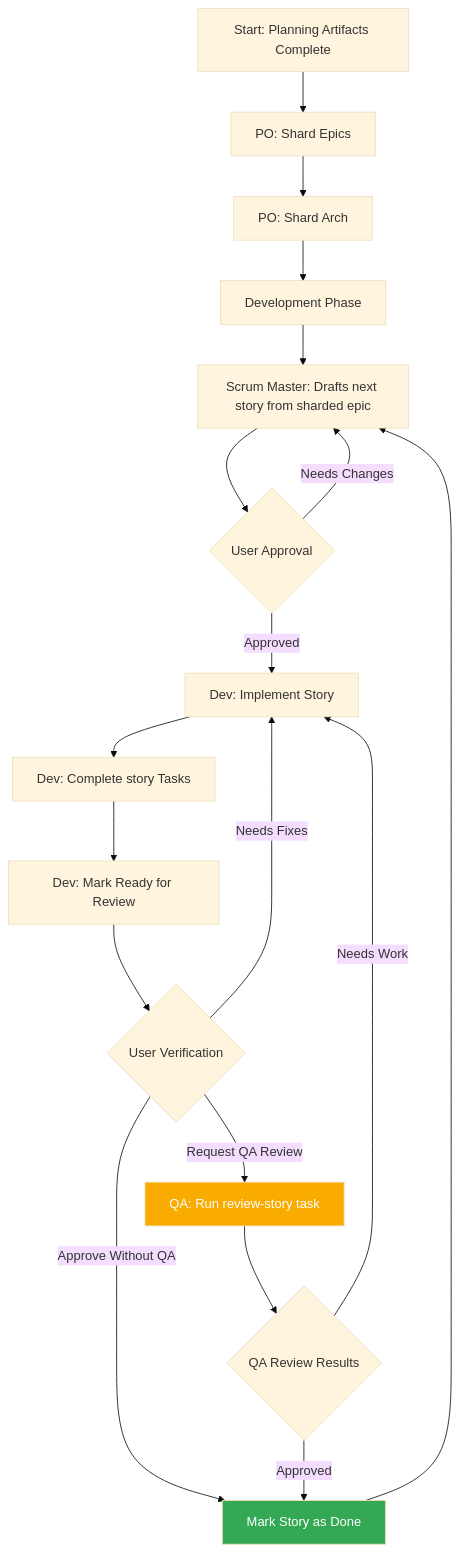
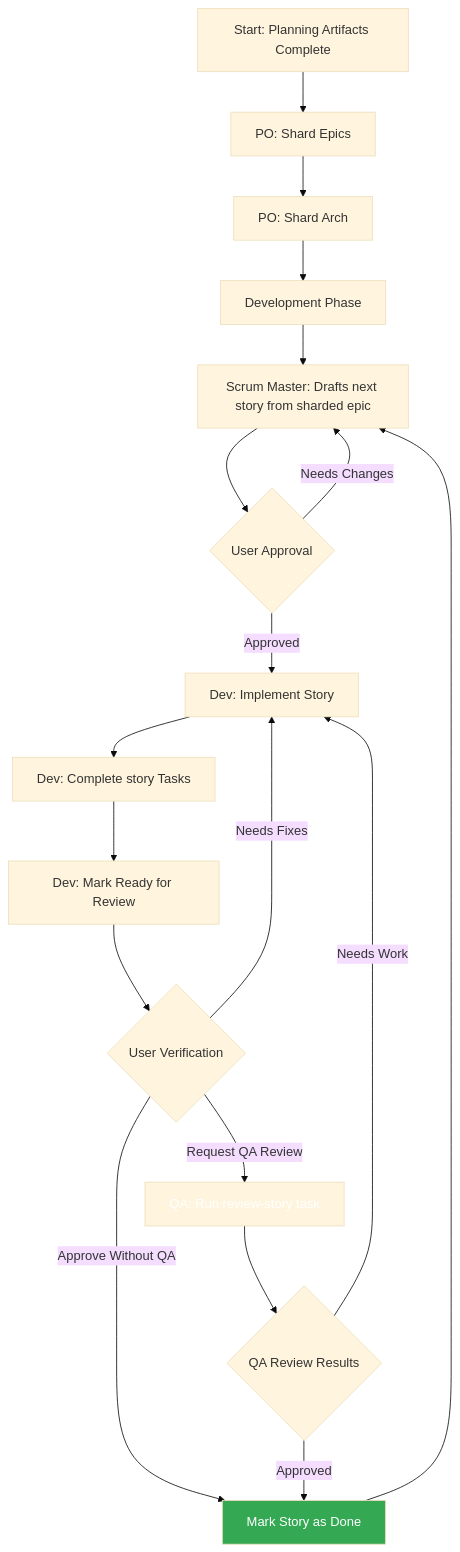
Before and after one commit to bacoco/AiDesigner: the third of 3 diagrams in docs/core-architecture.md, drawn with Mermaid (base theme). The commit also changed other lines of this file and 39 other files, not shown here.

````diff
--- a/docs/core-architecture.md
+++ b/docs/core-architecture.md
@@ -195,23 +195,23 @@
 ```mermaid
 graph TD
     A["Start: Planning Artifacts Complete"] --> B["PO: Shard Epics"]
     B --> C["PO: Shard Arch"]
     C --> D["Development Phase"]
     D --> E["Scrum Master: Drafts next story from sharded epic"]
     E --> F{"User Approval"}
     F -->|Approved| G["Dev: Implement Story"]
     F -->|Needs Changes| E
     G --> H["Dev: Complete story Tasks"]
     H --> I["Dev: Mark Ready for Review"]
     I --> J{"User Verification"}
     J -->|Request QA Review| K["QA: Run review-story task"]
     J -->|Approve Without QA| M["Mark Story as Done"]
     K --> L{"QA Review Results"}
     L -->|Needs Work| G
     L -->|Approved| M["Mark Story as Done"]
     J -->|Needs Fixes| G
     M --> E
 
     style M fill:#34a853,color:#fff
-    style K fill:#f9ab00,color:#fff
+    style K fill:#f9abagilaiagilai,color:#fff
 ```
````
